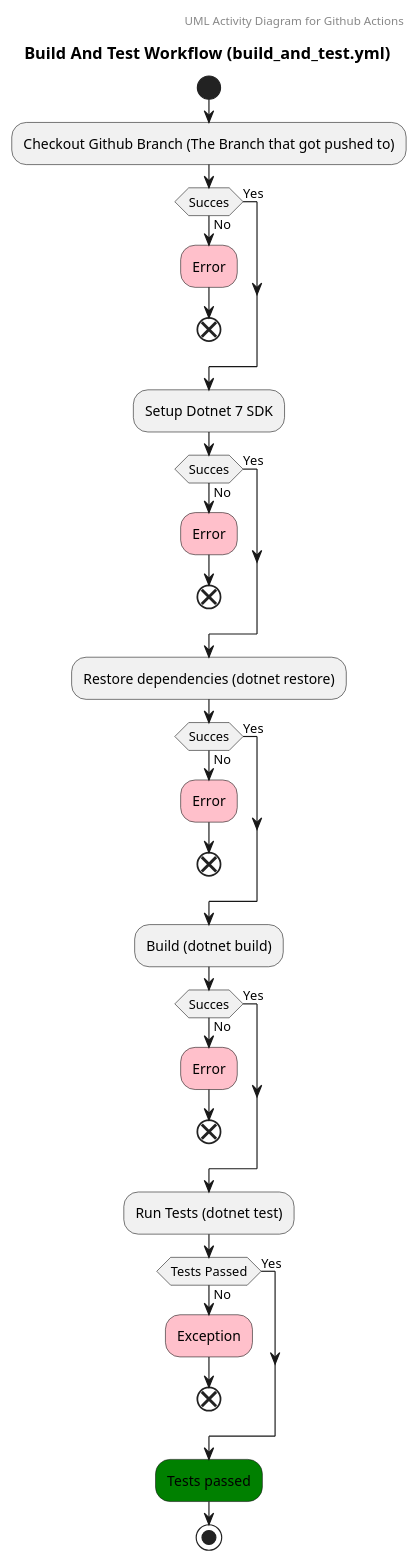
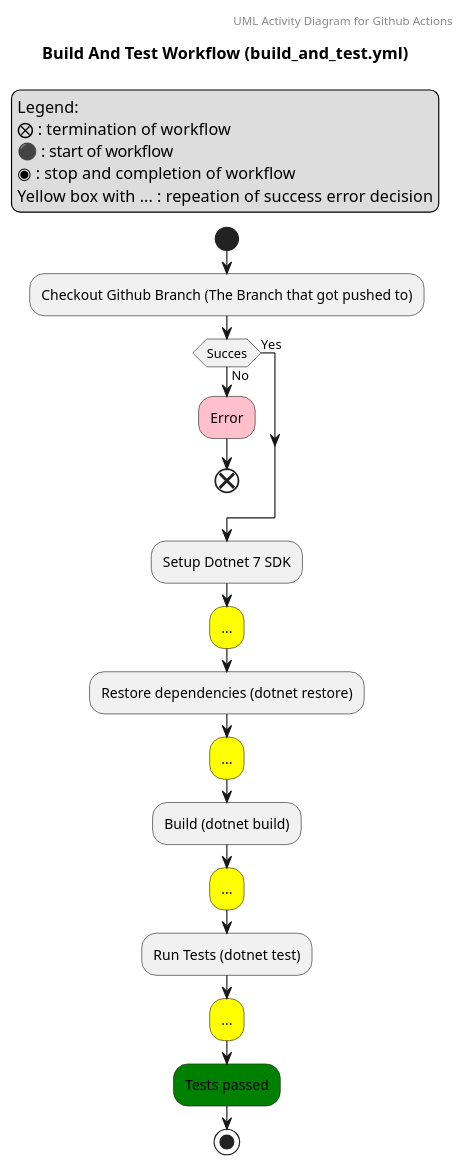
One commit to ITU-BDSA23-GROUP10/Chirp changed the diagram in docs/report_diagrams/UML_activity_diagrams/build_test_UML_act.puml. Above: the diagram before and after it, drawn with PlantUML. The commit also changed 9 other files, not shown here.

Commit message:
Added a bunch more to the report in my sections. Going to finish up the last UML diagrams and insert them later

```diff
--- a/docs/report_diagrams/UML_activity_diagrams/build_test_UML_act.puml
+++ b/docs/report_diagrams/UML_activity_diagrams/build_test_UML_act.puml
@@ -1,50 +1,42 @@
 @startuml
 header UML Activity Diagram for Github Actions
 title Build And Test Workflow (build_and_test.yml)
 start
+legend top left
+Legend:
+⨂ : termination of workflow
+⚫ : start of workflow
+◉ : stop and completion of workflow
+Yellow box with ... : repeation of success error decision
+endlegend
+
 :Checkout Github Branch (The Branch that got pushed to);
 
 
 if(Succes) then (No)
     #pink:Error;
     end
 else (Yes)
 endif
 
 
 :Setup Dotnet 7 SDK;
 
-if(Succes) then (No)
-    #pink:Error;
-    end
-else (Yes)
-endif
+#yellow:...;
 
 :Restore dependencies (dotnet restore);
 
-if(Succes) then (No)
-    #pink:Error;
-    end
-else (Yes)
-endif
+#yellow:...;
 
 :Build (dotnet build);
 
-if(Succes) then (No)
-    #pink:Error;
-    end
-else (Yes)
-endif
+#yellow:...;
 
 :Run Tests (dotnet test);
 
-if(Tests Passed) then (No)
-    #pink:Exception;
-    end
-else (Yes)
-endif
+#yellow:...;
 
 #green:Tests passed;
 
 stop
 @enduml
```
